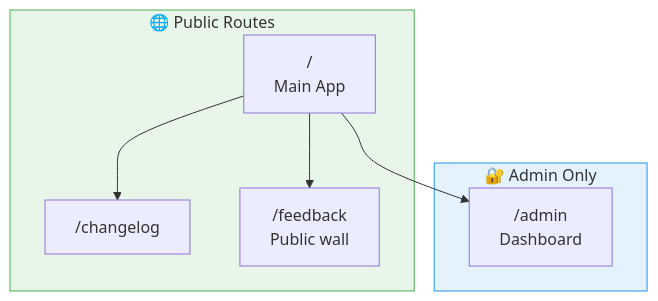
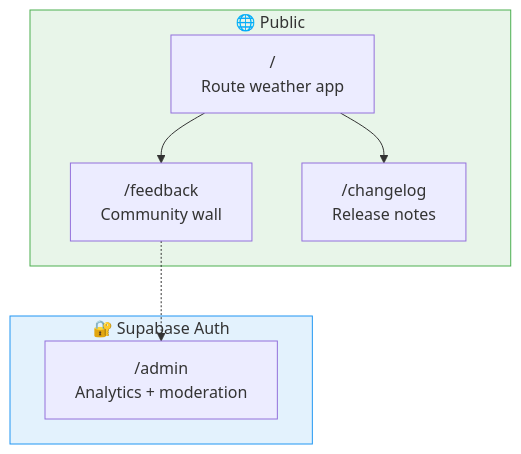
Before and after one commit to snsyaqirah/snsyaqirah.github.io: the fifth of 17 diagrams in portfolio-react/public/docs/redahluhh.md, drawn with Mermaid. The commit also changed other lines of this file and 101 other files, not shown here.

````diff
--- a/portfolio-react/public/docs/redahluhh.md
+++ b/portfolio-react/public/docs/redahluhh.md
@@ -155,17 +184,17 @@
 ```mermaid
 graph TD
-    subgraph Public ["🌐 Public Routes"]
-        ROOT["/\nMain App"]
-        CL["/changelog"]
-        FB["/feedback\nPublic wall"]
+    subgraph Public ["🌐 Public"]
+        ROOT["/<br/>Route weather app"]
+        FB["/feedback<br/>Community wall"]
+        CL["/changelog<br/>Release notes"]
     end
-    subgraph Protected ["🔐 Admin Only"]
-        ADMIN["/admin\nDashboard"]
+    subgraph Admin ["🔐 Supabase Auth"]
+        AD["/admin<br/>Analytics + moderation"]
     end
+    ROOT --> FB
     ROOT --> CL
-    ROOT --> FB
-    ROOT --> ADMIN
+    FB -.-> AD
 
     style Public fill:#e8f5e9,stroke:#4caf50
-    style Protected fill:#e3f2fd,stroke:#2196f3
+    style Admin fill:#e3f2fd,stroke:#2196f3
 ```
````
